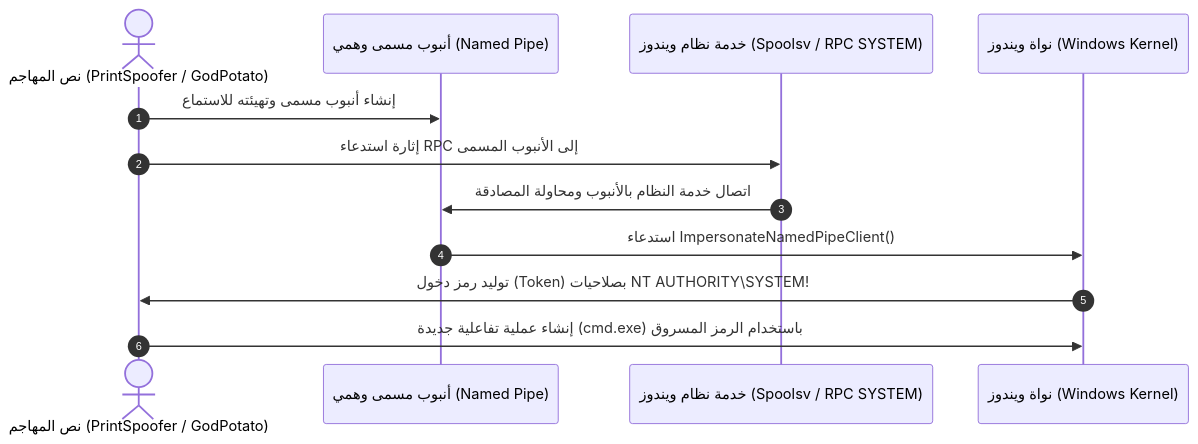
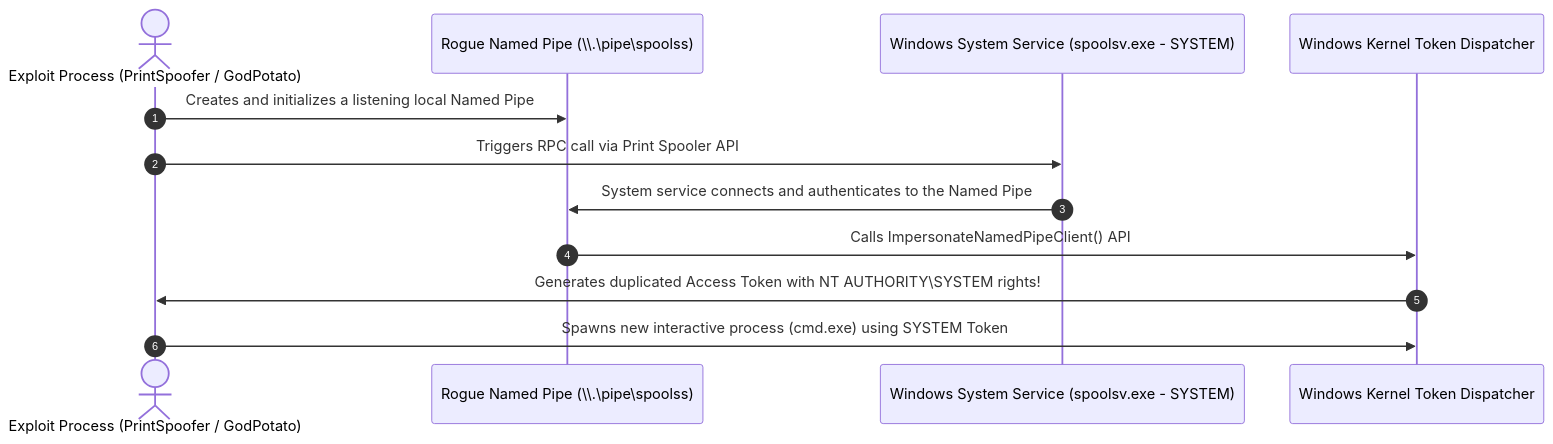
Before and after one commit to 3bdo-fathi/3bdo-fathi.github.io: the first of 2 diagrams in _posts/2026-11-12-ecppt-v3-part-5-privilege-escalation-playbook.md, drawn with Mermaid. The commit also changed other lines of this file and 11 other files, not shown here.

````diff
--- a/_posts/2026-11-12-ecppt-v3-part-5-privilege-escalation-playbook.md
+++ b/_posts/2026-11-12-ecppt-v3-part-5-privilege-escalation-playbook.md
@@ -56,15 +56,15 @@
 ```mermaid
 sequenceDiagram
     autonumber
-    actor Attacker as نص المهاجم (PrintSpoofer / GodPotato)
-    participant Pipe as أنبوب مسمى وهمي (Named Pipe)
-    participant Spooler as خدمة نظام ويندوز (Spoolsv / RPC SYSTEM)
-    participant Kernel as نواة ويندوز (Windows Kernel)
+    actor Attacker as Exploit Process (PrintSpoofer / GodPotato)
+    participant Pipe as Rogue Named Pipe (\\.\pipe\spoolss)
+    participant Spooler as Windows System Service (spoolsv.exe - SYSTEM)
+    participant Kernel as Windows Kernel Token Dispatcher
     
-    Attacker->>Pipe: إنشاء أنبوب مسمى وتهيئته للاستماع
-    Attacker->>Spooler: إثارة استدعاء RPC إلى الأنبوب المسمى
-    Spooler->>Pipe: اتصال خدمة النظام بالأنبوب ومحاولة المصادقة
-    Pipe->>Kernel: استدعاء ImpersonateNamedPipeClient()
-    Kernel->>Attacker: توليد رمز دخول (Token) بصلاحيات NT AUTHORITY\SYSTEM!
-    Attacker->>Kernel: إنشاء عملية تفاعلية جديدة (cmd.exe) باستخدام الرمز المسروق
+    Attacker->>Pipe: Creates and initializes a listening local Named Pipe
+    Attacker->>Spooler: Triggers RPC call via Print Spooler API
+    Spooler->>Pipe: System service connects and authenticates to the Named Pipe
+    Pipe->>Kernel: Calls ImpersonateNamedPipeClient() API
+    Kernel->>Attacker: Generates duplicated Access Token with NT AUTHORITY\SYSTEM rights!
+    Attacker->>Kernel: Spawns new interactive process (cmd.exe) using SYSTEM Token
 ```
````
